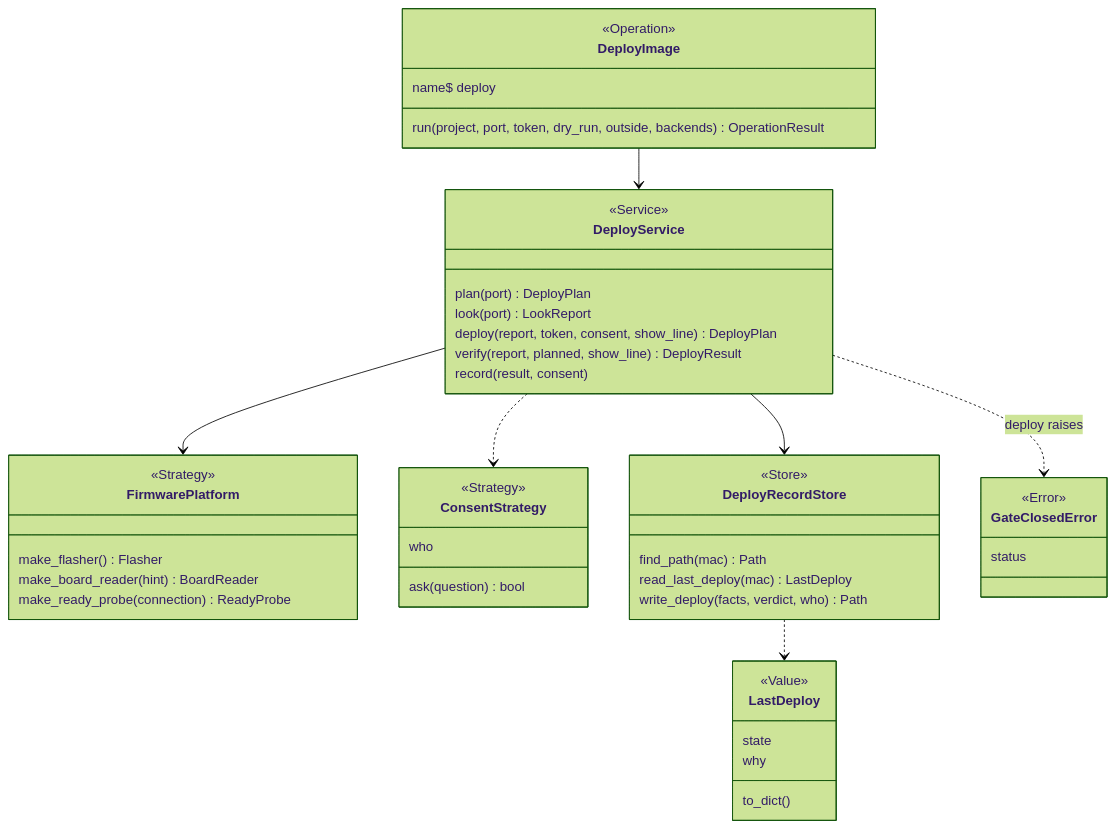
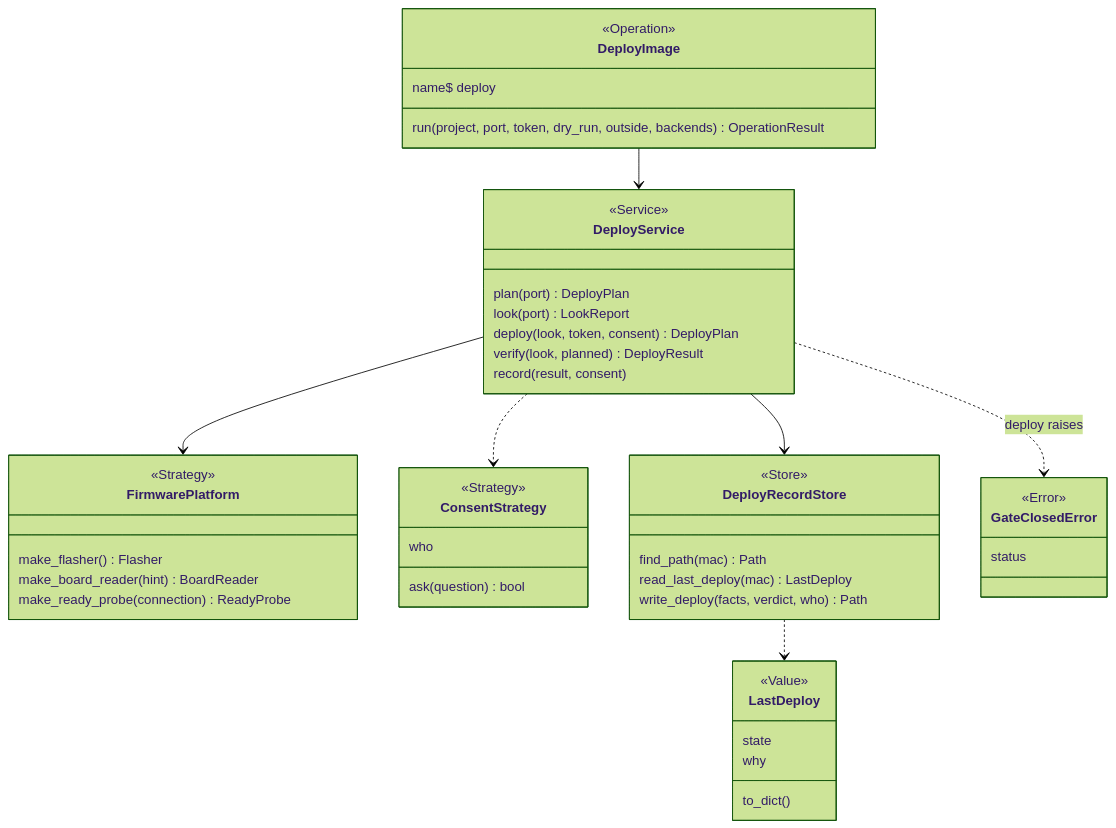
One commit to xmejkal/spark changed the third of 5 diagrams in docs/discovery/2026-10-19-p323-target-architecture/architecture/refactor-plan.md. Above: the diagram before and after it, drawn with Mermaid (forest theme). The commit also changed other lines of this file and 18 other files, not shown here.

Commit message:
P655: the review's fixes (DeployFlowService with a StageTrackingReporter and the Asked value, the stages in board_codes, the crash result keeps the yes and names the board's state with the look next, echo_fd, yes_kind required, private envelope helpers, the refactor-plan rows)

````diff
--- a/docs/discovery/2026-10-19-p323-target-architecture/architecture/refactor-plan.md
+++ b/docs/discovery/2026-10-19-p323-target-architecture/architecture/refactor-plan.md
@@ -116,49 +116,49 @@
 ```mermaid
 classDiagram
   class DeployImage {
     <<Operation>>
     name$ deploy
     run(project, port, token, dry_run, outside, backends) OperationResult
   }
   class DeployService {
     <<Service>>
     plan(port) DeployPlan
     look(port) LookReport
-    deploy(report, token, consent, show_line) DeployPlan
-    verify(report, planned, show_line) DeployResult
+    deploy(look, token, consent) DeployPlan
+    verify(look, planned) DeployResult
     record(result, consent)
   }
   class FirmwarePlatform {
     <<Strategy>>
     make_flasher() Flasher
     make_board_reader(hint) BoardReader
     make_ready_probe(connection) ReadyProbe
   }
   class ConsentStrategy {
     <<Strategy>>
     ask(question) bool
     who
   }
   class DeployRecordStore {
     <<Store>>
     find_path(mac) Path
     read_last_deploy(mac) LastDeploy
     write_deploy(facts, verdict, who) Path
   }
   class LastDeploy {
     <<Value>>
     state
     why
     to_dict()
   }
   class GateClosedError {
     <<Error>>
     status
   }
   DeployImage --> DeployService
   DeployService --> FirmwarePlatform
   DeployService ..> ConsentStrategy
   DeployService --> DeployRecordStore
   DeployRecordStore ..> LastDeploy
   DeployService ..> GateClosedError : deploy raises
 ```
````
